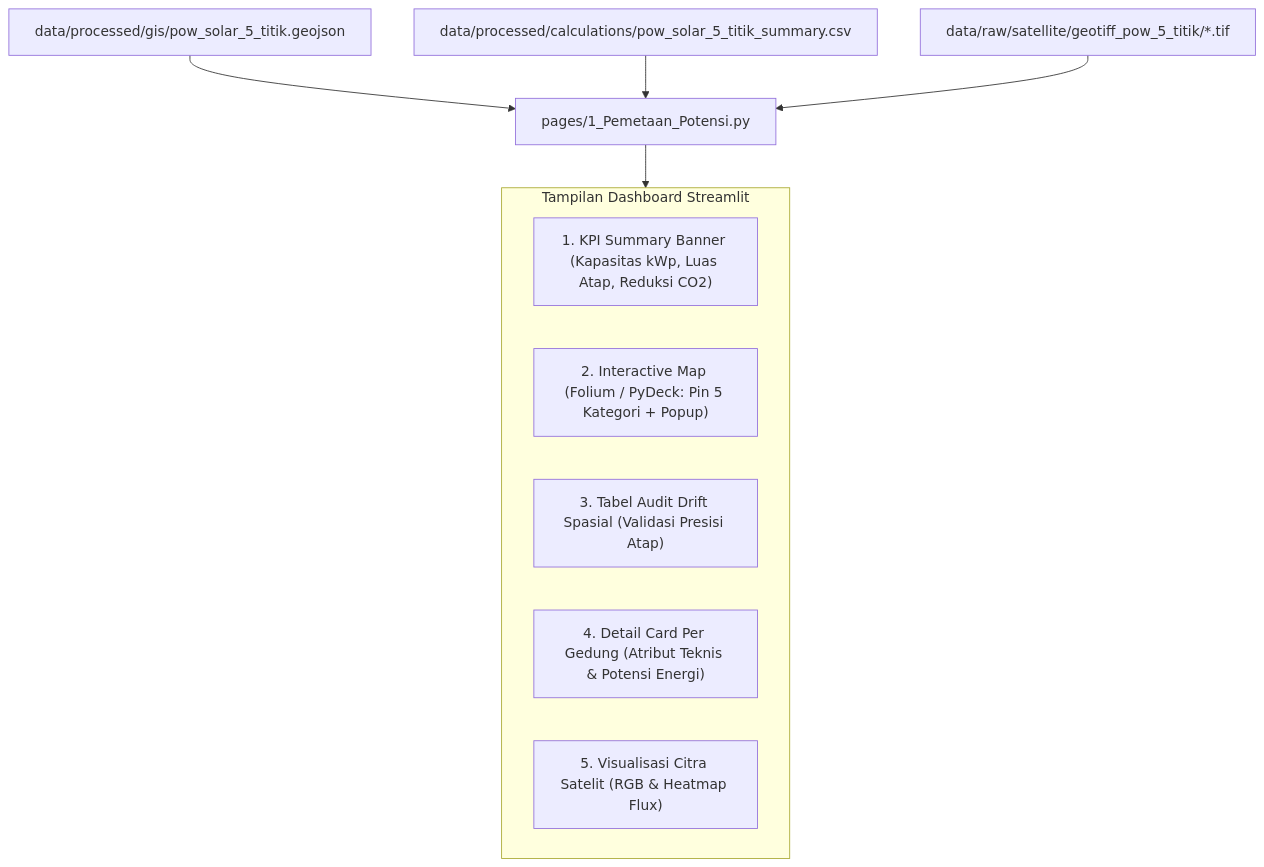
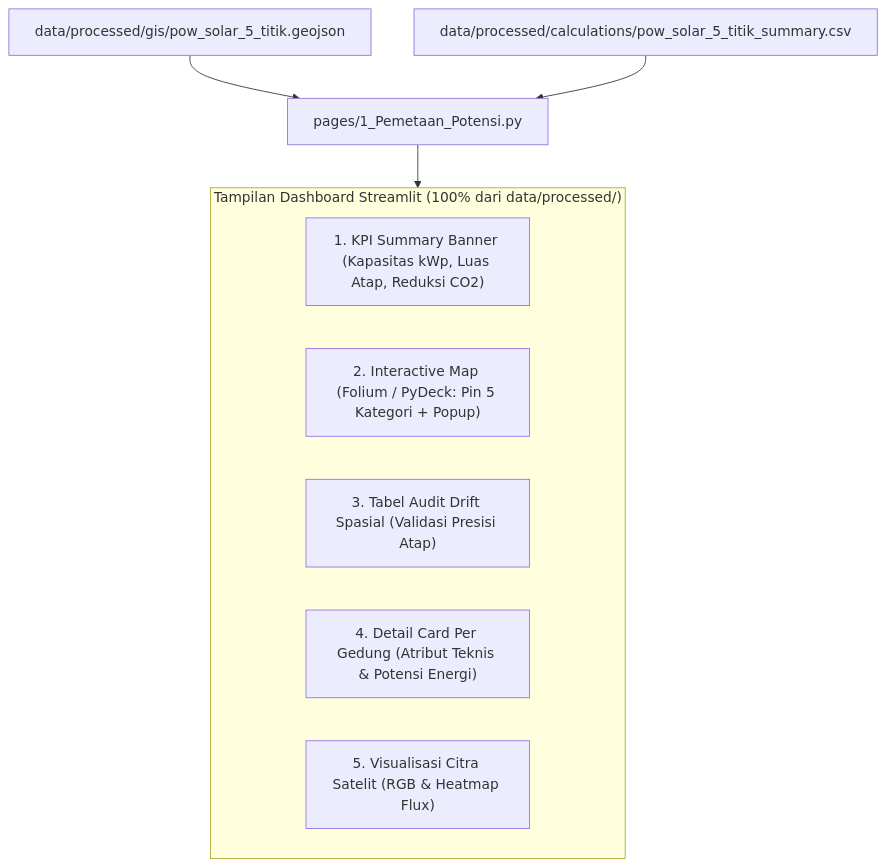
The fourth of 4 diagrams in docs/PLAN-PROOF-OF-WORK-SOLAR-API-JABODETABEK.md (HenryAi-SIBERMU/SP), drawn with Mermaid before and after one commit. The commit also changed other lines of this file, not shown here.

Commit message:
docs: integrasikan arsitektur ETL granular (raw per SKU dan kategori) dan konsumsi dashboard 100% processed

````diff
--- a/docs/PLAN-PROOF-OF-WORK-SOLAR-API-JABODETABEK.md
+++ b/docs/PLAN-PROOF-OF-WORK-SOLAR-API-JABODETABEK.md
@@ -194,16 +259,15 @@
 ```mermaid
 flowchart TD
     ProcessedGIS["data/processed/gis/pow_solar_5_titik.geojson"] --> Dashboard["pages/1_Pemetaan_Potensi.py"]
     ProcessedCalc["data/processed/calculations/pow_solar_5_titik_summary.csv"] --> Dashboard
-    GeoTIFF["data/raw/satellite/geotiff_pow_5_titik/*.tif"] --> Dashboard
     
-    subgraph UIComponents["Tampilan Dashboard Streamlit"]
+    subgraph UIComponents["Tampilan Dashboard Streamlit (100% dari data/processed/)"]
         KPI["1. KPI Summary Banner (Kapasitas kWp, Luas Atap, Reduksi CO2)"]
         Map["2. Interactive Map (Folium / PyDeck: Pin 5 Kategori + Popup)"]
         AuditTable["3. Tabel Audit Drift Spasial (Validasi Presisi Atap)"]
         DetailCard["4. Detail Card Per Gedung (Atribut Teknis & Potensi Energi)"]
         RasterViewer["5. Visualisasi Citra Satelit (RGB & Heatmap Flux)"]
     end
     
     Dashboard --> UIComponents
 ```
````
